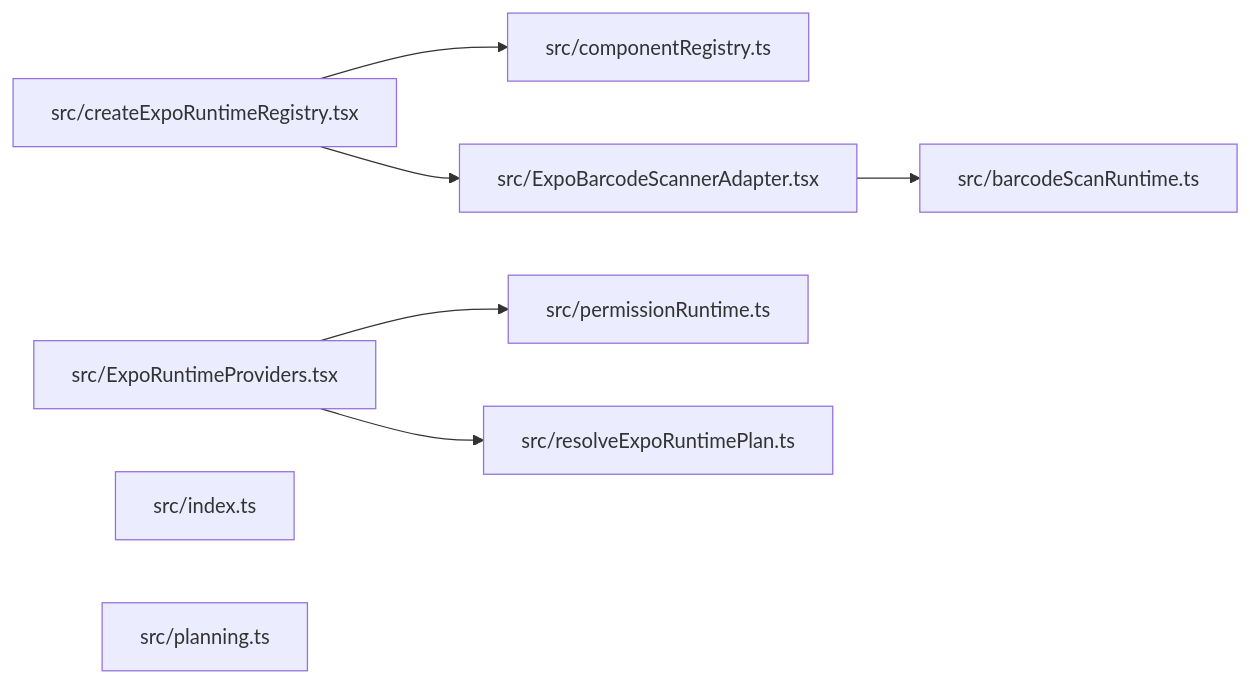
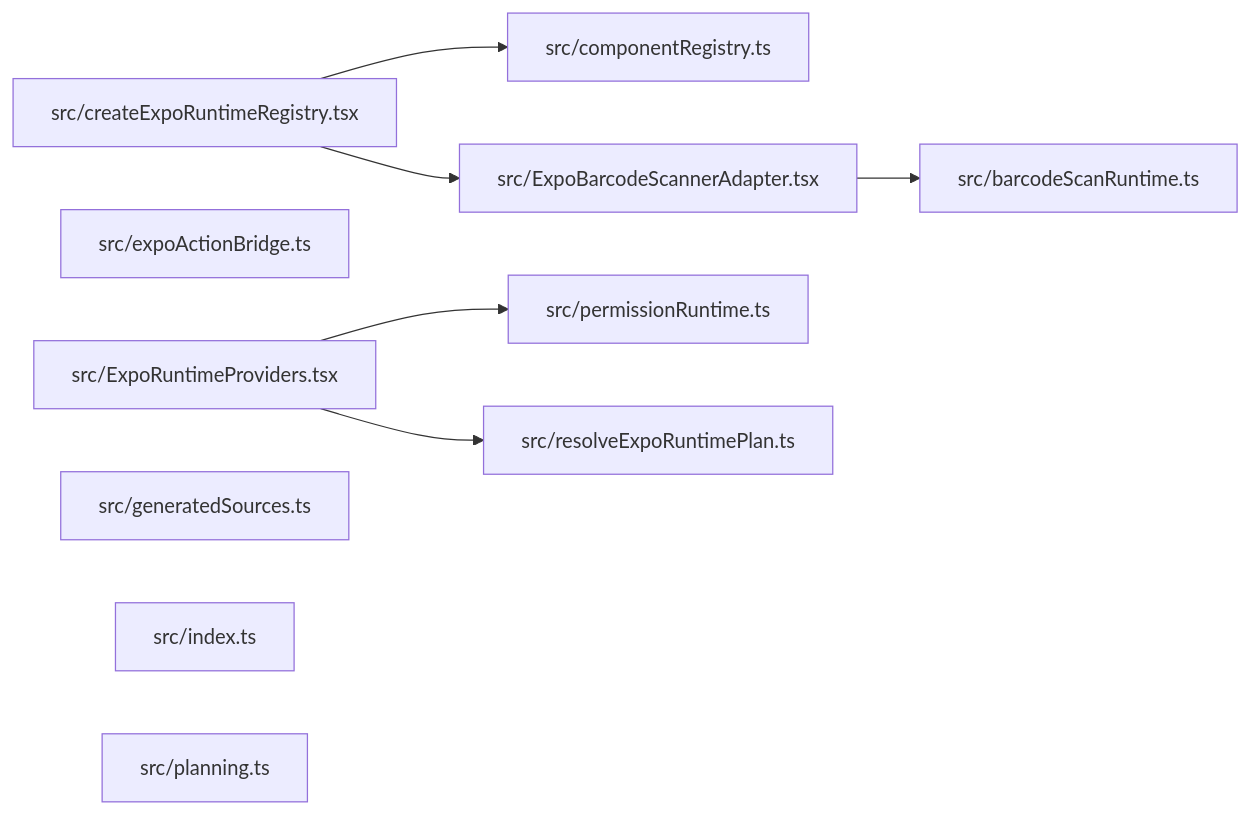
One commit to ankhorage/expo-runtime changed the diagram in paradox/diagrams/module-relationships.mmd. Above: the diagram before and after it, drawn with Mermaid. The commit also changed 10 other files, not shown here.

```diff
--- a/paradox/diagrams/module-relationships.mmd
+++ b/paradox/diagrams/module-relationships.mmd
@@ -1,15 +1,17 @@
 graph LR
   module_src_barcodeScanRuntime_ts["src/barcodeScanRuntime.ts"]
   module_src_componentRegistry_ts["src/componentRegistry.ts"]
   module_src_createExpoRuntimeRegistry_tsx["src/createExpoRuntimeRegistry.tsx"]
+  module_src_expoActionBridge_ts["src/expoActionBridge.ts"]
   module_src_ExpoBarcodeScannerAdapter_tsx["src/ExpoBarcodeScannerAdapter.tsx"]
   module_src_ExpoRuntimeProviders_tsx["src/ExpoRuntimeProviders.tsx"]
+  module_src_generatedSources_ts["src/generatedSources.ts"]
   module_src_index_ts["src/index.ts"]
   module_src_permissionRuntime_ts["src/permissionRuntime.ts"]
   module_src_planning_ts["src/planning.ts"]
   module_src_resolveExpoRuntimePlan_ts["src/resolveExpoRuntimePlan.ts"]
   module_src_createExpoRuntimeRegistry_tsx --> module_src_componentRegistry_ts
   module_src_createExpoRuntimeRegistry_tsx --> module_src_ExpoBarcodeScannerAdapter_tsx
   module_src_ExpoBarcodeScannerAdapter_tsx --> module_src_barcodeScanRuntime_ts
   module_src_ExpoRuntimeProviders_tsx --> module_src_permissionRuntime_ts
   module_src_ExpoRuntimeProviders_tsx --> module_src_resolveExpoRuntimePlan_ts
```
